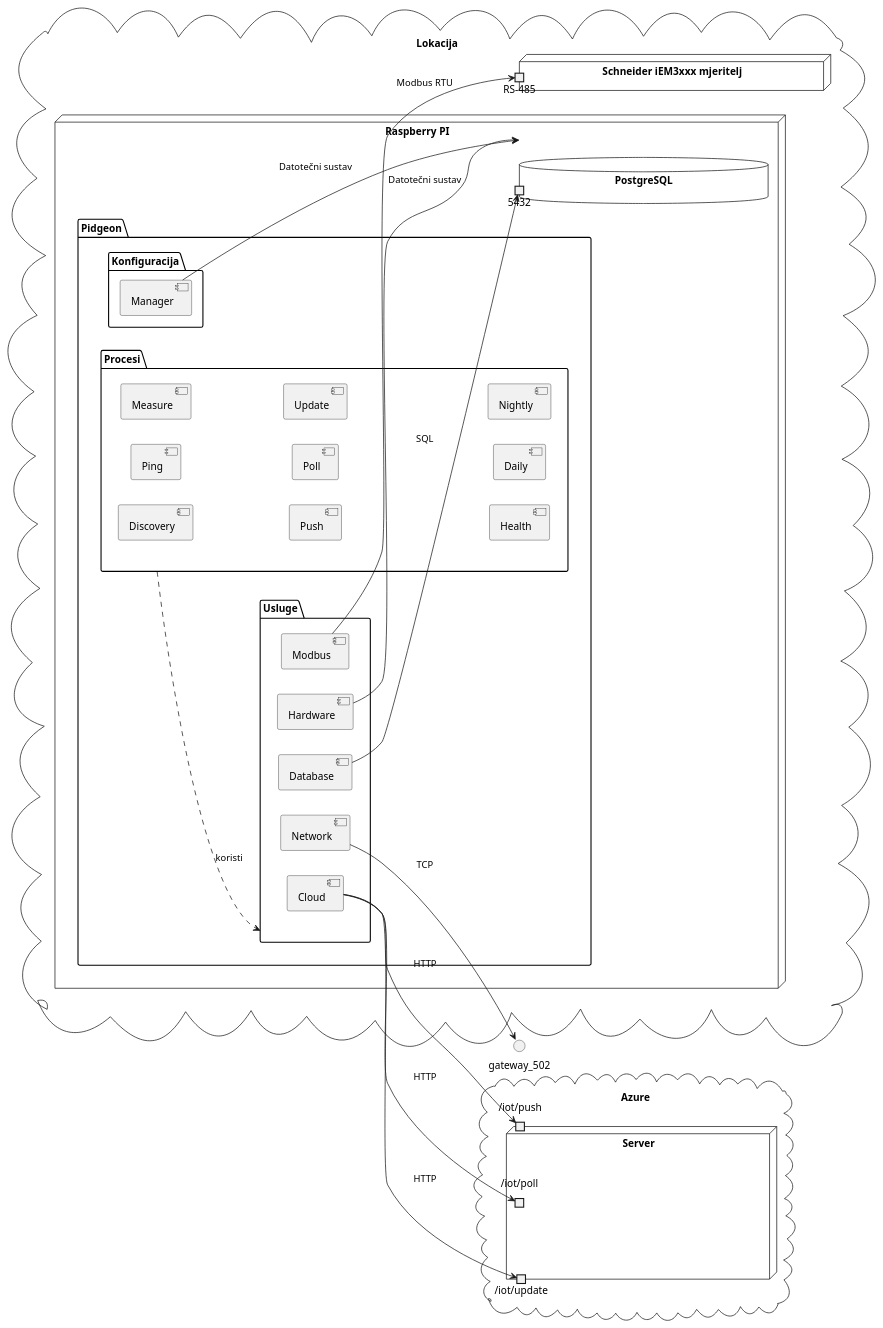
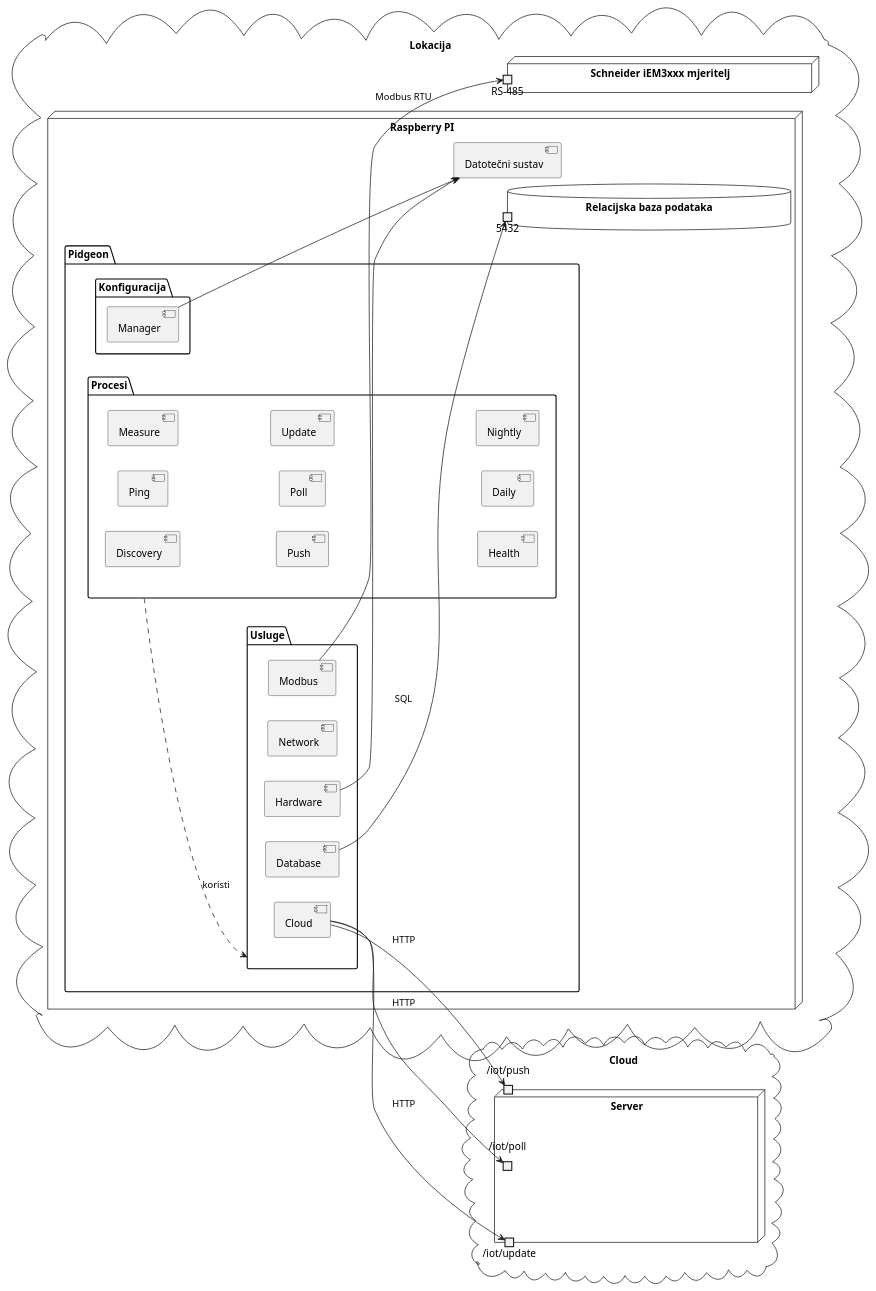
Before and after one commit to altibiz/pidgeon: the diagram in docs/hr/src/architecture.md, drawn with PlantUML.

````diff
--- a/docs/hr/src/architecture.md
+++ b/docs/hr/src/architecture.md
@@ -36,65 +36,66 @@
 ```plantuml
 @startuml
 
 left to right direction
 
 cloud "Lokacija" {
   node "Schneider iEM3xxx mjeritelj" as schneider {
     portin "RS-485" as schneider_rs485
   }
 
   node "Raspberry PI" as rpi {
+    component "Datotečni sustav" as filesystem
+
     package "Pidgeon" as pidgeon {
       package "Konfiguracija" as configuration {
         component Manager as config_manager
       }
 
       package Usluge as services {
         component Hardware as hardware_service
         component Network as network_service
         component Modbus as modbus_service
         component Database as database_service
         component Cloud as cloud_service
       }
 
       package Procesi as processes {
         component Discovery as discovery_process
         component Ping as ping_process
         component Measure as measure_process
         component Push as push_process
         component Poll as poll_process
         component Update as update_process
         component Health as health_process
         component Daily as daily_process
         component Nightly as nightly_process
       }
     }
 
-    database "PostgreSQL" as postgres {
-      portin 5432 as postgres_5432
+    database "Relacijska baza podataka" as database {
+      portin 5432 as dbPort
     }
   }
 }
 
-cloud "Azure" as azure {
+cloud "Cloud" as cloud {
   node "Server" as server {
     portin "/iot/push" as server_push
     portin "/iot/poll" as server_poll
     portin "/iot/update" as server_update
   }
 }
 
-config_manager --> rpi : "Datotečni sustav"
+config_manager --> filesystem
 
 modbus_service --> schneider_rs485 : "Modbus RTU"
-database_service --> postgres_5432 : "SQL"
-hardware_service --> rpi : "Datotečni sustav"
-network_service --> gateway_502 : "TCP"
+database_service --> dbPort : "SQL"
+hardware_service --> filesystem
 cloud_service --> server_push : "HTTP"
 cloud_service --> server_poll : "HTTP"
 cloud_service --> server_update : "HTTP"
 
 processes ..> services : koristi
 
 @enduml
 ```
````
